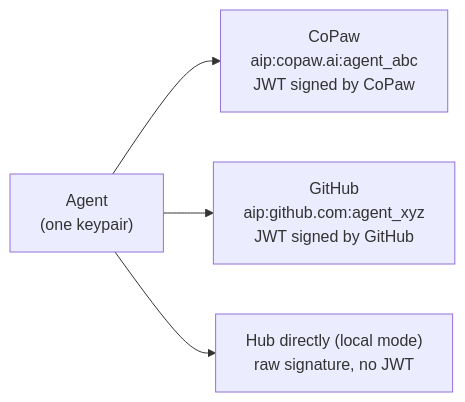
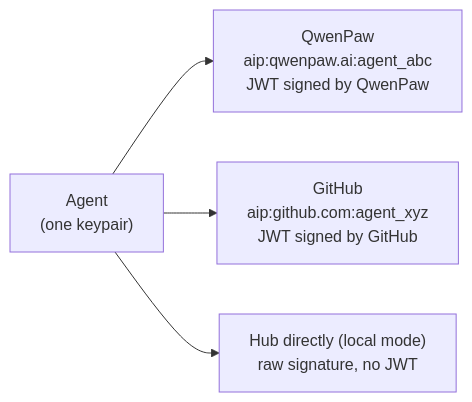
One commit to agentscope-ai/agent-identity changed the seventh of 12 diagrams in design/2026-03-25-agent-identity-protocol.en.md. Above: the diagram before and after it, drawn with Mermaid. The commit also changed other lines of this file and 10 other files, not shown here.

Commit message:
update copaw referecne to qwenpaw

````diff
--- a/design/2026-03-25-agent-identity-protocol.en.md
+++ b/design/2026-03-25-agent-identity-protocol.en.md
@@ -410,6 +410,6 @@
 ```mermaid
 graph LR
-    Agent["Agent<br/>(one keypair)"] --> CoPaw["CoPaw<br/>aip:copaw.ai:agent_abc<br/>JWT signed by CoPaw"]
+    Agent["Agent<br/>(one keypair)"] --> QwenPaw["QwenPaw<br/>aip:qwenpaw.ai:agent_abc<br/>JWT signed by QwenPaw"]
     Agent --> GitHub["GitHub<br/>aip:github.com:agent_xyz<br/>JWT signed by GitHub"]
     Agent --> Local["Hub directly (local mode)<br/>raw signature, no JWT"]
 ```
````
